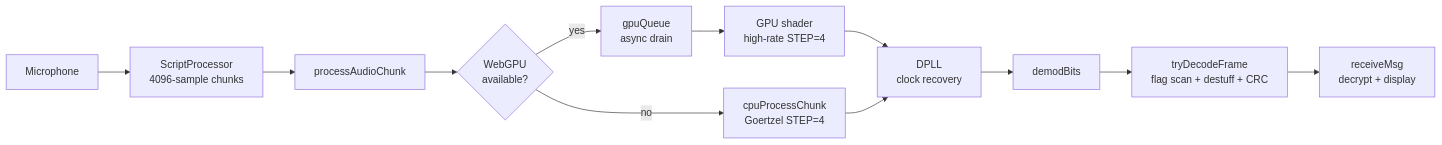
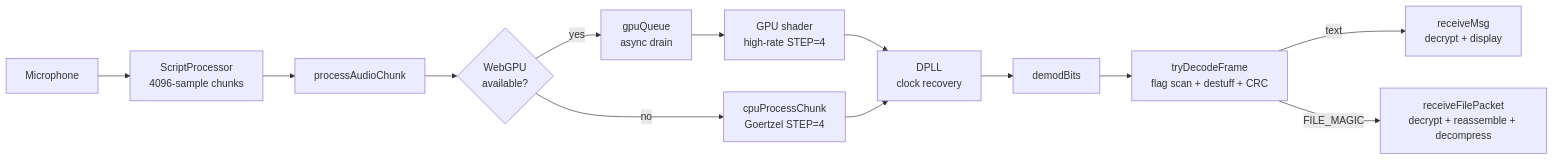
One commit to joystick/soundmodem changed the third of 11 diagrams in CLAUDE.md. Above: the diagram before and after it, drawn with Mermaid. The commit also changed other lines of this file and 31 other files, not shown here.

````diff
--- a/CLAUDE.md
+++ b/CLAUDE.md
@@ -47,14 +124,15 @@
 ```mermaid
 flowchart LR
     M[Microphone] --> SP[ScriptProcessor\n4096-sample chunks]
     SP --> Q[processAudioChunk]
     Q --> GPU{WebGPU\navailable?}
     GPU -->|yes| GQ[gpuQueue\nasync drain]
     GPU -->|no| CPU[cpuProcessChunk\nGoertzel STEP=4]
     GQ --> DISC[GPU shader\nhigh-rate STEP=4]
     DISC --> DPLL[DPLL\nclock recovery]
     CPU --> DPLL
     DPLL --> BITS[demodBits]
     BITS --> DEC[tryDecodeFrame\nflag scan + destuff + CRC]
-    DEC --> RX[receiveMsg\ndecrypt + display]
+    DEC -->|text| RX[receiveMsg\ndecrypt + display]
+    DEC -->|FILE_MAGIC| FRX[receiveFilePacket\ndecrypt + reassemble + decompress]
 ```
````
